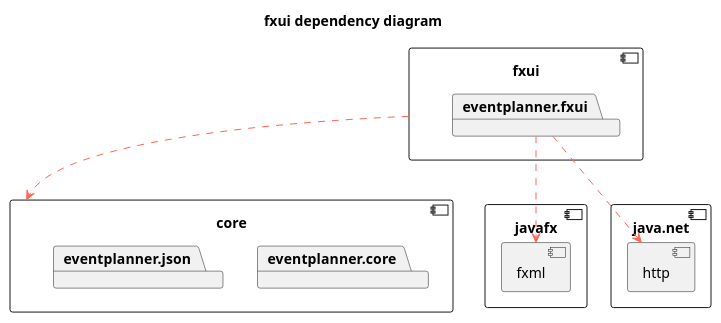
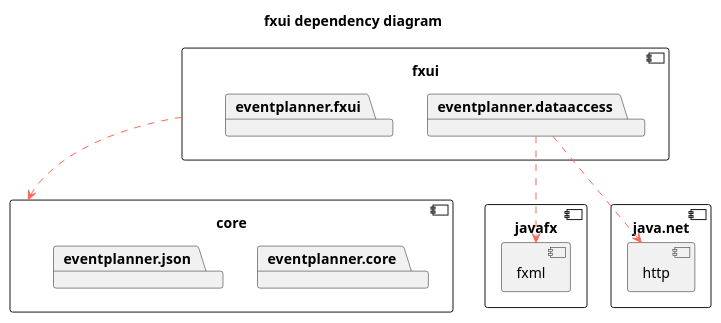
One commit to thorsjur/event-planner-itp changed the diagram in docs/diagrams/fxui_architecture.puml. Above: the diagram before and after it, drawn with PlantUML. The commit also changed 3 other files, not shown here.

First line of the commit message:
Architecture diagrams updated (#130)

```diff
--- a/docs/diagrams/fxui_architecture.puml
+++ b/docs/diagrams/fxui_architecture.puml
@@ -2,38 +2,38 @@
 @startuml fxui_architecture
 title fxui dependency diagram
 skinparam useBetaStyle true
 
 <style>
     .package {
         BackgroundColor Khaki
     }
 </style>
 
 skinparam component {
   ArrowColor #FF6655
 }
 
 component [javafx] {
     component [fxml] as fx
 }
 
 component [core] {
     package eventplanner.core
     package eventplanner.json
 }
 
 component [fxui] {
+    package eventplanner.dataaccess
     package eventplanner.fxui
-
 }
 
 
 component [java.net] {
     component [http] as net
 }
 
-eventplanner.fxui ..> fx
+eventplanner.dataaccess ..> fx
 fxui ..> core
-eventplanner.fxui ..> net
+eventplanner.dataaccess ..> net
 
 @enduml
```
